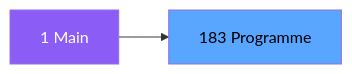
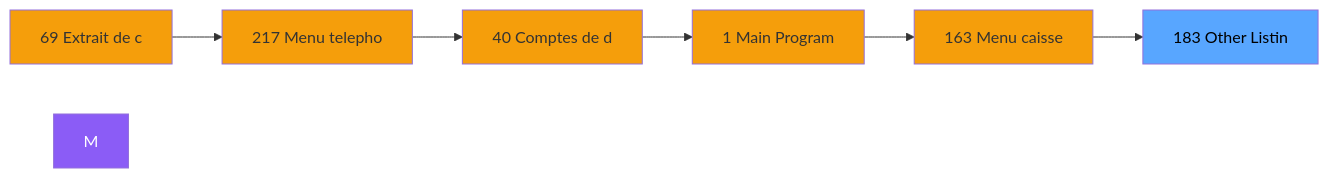
One commit to thonyAGP/magic-migration changed the second of 3 diagrams in .openspec/specs/ADH-IDE-183.md. Above: the diagram before and after it, drawn with Mermaid. The commit also changed other lines of this file and 323 other files, not shown here.

````diff
--- a/.openspec/specs/ADH-IDE-183.md
+++ b/.openspec/specs/ADH-IDE-183.md
@@ -98,8 +106,21 @@
 ```mermaid
 graph LR
-    M[1 Main]
-    T[183 Programme]
-    M --> T
+    N69[69 Extrait de c]
+    N217[217 Menu telepho]
+    N40[40 Comptes de d]
+    N1[1 Main Program]
+    N163[163 Menu caisse ]
+    T[183 Other Listin]
+    N69 --> N217
+    N217 --> N40
+    N40 --> N1
+    N1 --> N163
+    N163 --> T
     style M fill:#8b5cf6,color:#fff
+    style N69 fill:#f59e0b
+    style N217 fill:#f59e0b
+    style N40 fill:#f59e0b
+    style N1 fill:#f59e0b
+    style N163 fill:#f59e0b
     style T fill:#58a6ff,color:#000
 ```
````
